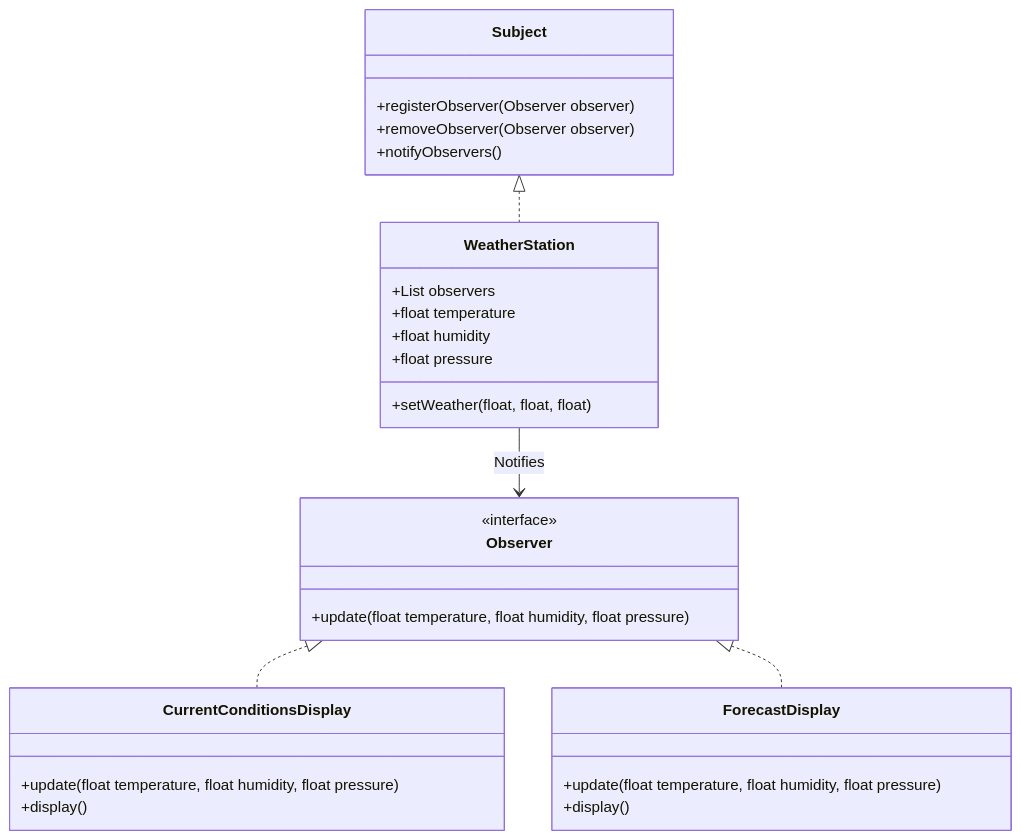
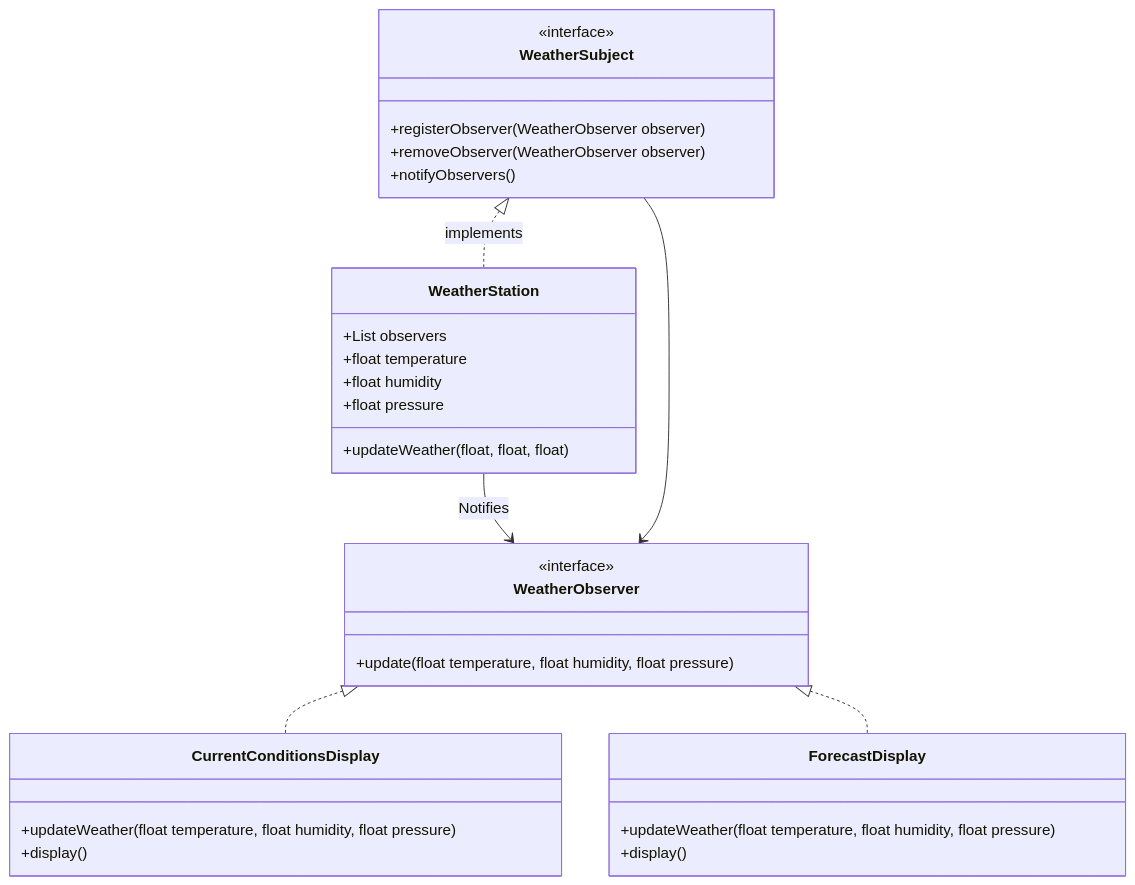
Before and after one commit to tdoug19/ENSE_370_Lab: the diagram in Lab-5/ObserverDesignPattern.md, drawn with Mermaid.

Commit message:
Modified UML diagram

````diff
--- a/Lab-5/ObserverDesignPattern.md
+++ b/Lab-5/ObserverDesignPattern.md
@@ -29,37 +29,39 @@
 ```mermaid
 classDiagram 
-    class Subject {
-        +registerObserver(Observer observer)
-        +removeObserver(Observer observer)
+    
+    class WeatherSubject {
+        <<interface>>
+        +registerObserver(WeatherObserver observer)
+        +removeObserver(WeatherObserver observer)
         +notifyObservers()
     }
 
-    class Observer {
+    class WeatherObserver {
         <<interface>>
         +update(float temperature, float humidity, float pressure)
     }
 
     class WeatherStation {
         +List<Observer> observers
         +float temperature
         +float humidity
         +float pressure
-        +setWeather(float, float, float)
+        +updateWeather(float, float, float)
     }
 
     class CurrentConditionsDisplay {
-        +update(float temperature, float humidity, float pressure)
+        +updateWeather(float temperature, float humidity, float pressure)
         +display()
     }
 
     class ForecastDisplay {
-        +update(float temperature, float humidity, float pressure)
+        +updateWeather(float temperature, float humidity, float pressure)
         +display()
     }
-
-    Subject <|.. WeatherStation
-    Observer <|.. CurrentConditionsDisplay
-    Observer <|.. ForecastDisplay
-    WeatherStation --> Observer : Notifies
+    WeatherObserver <-- WeatherSubject
+    WeatherSubject <|.. WeatherStation : implements
+    WeatherObserver <|.. CurrentConditionsDisplay
+    WeatherObserver <|.. ForecastDisplay
+    WeatherStation --> WeatherObserver : Notifies
 
 ```
````
